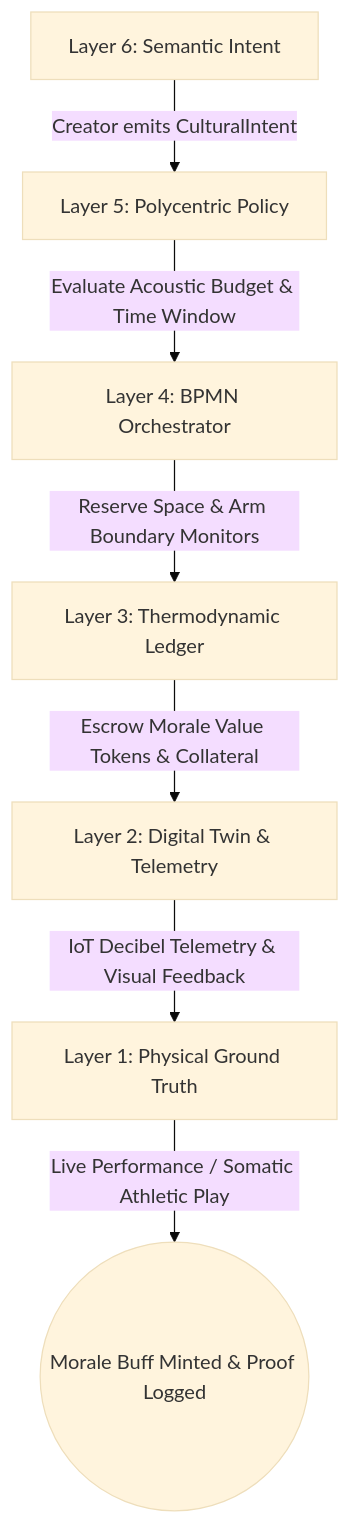
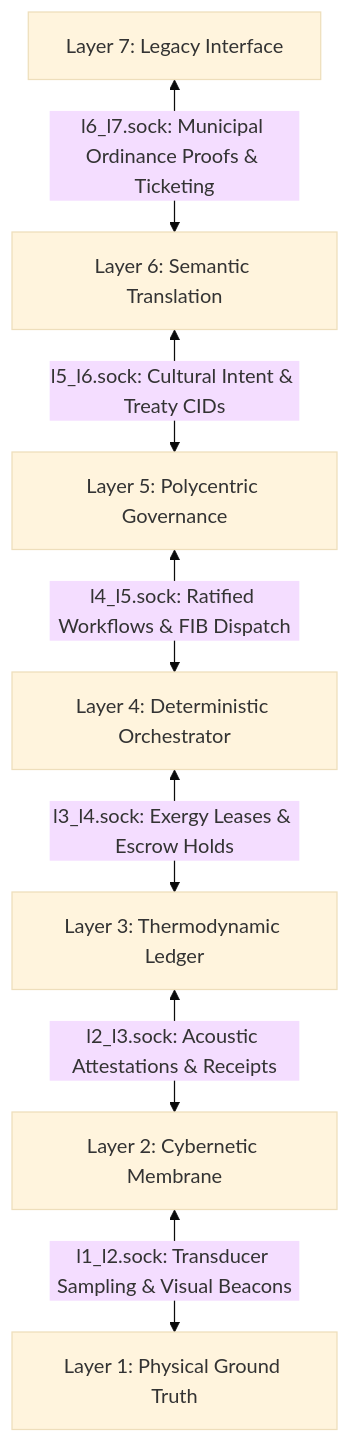
One commit to raffaine/collective changed the first of 4 diagrams in docs/scenarios/lambda_cultural.md. Above: the diagram before and after it, drawn with Mermaid (base theme). The commit also changed other lines of this file and 23 other files, not shown here.

````diff
--- a/docs/scenarios/lambda_cultural.md
+++ b/docs/scenarios/lambda_cultural.md
@@ -37,9 +39,9 @@
 ```mermaid
 graph TD
-    L6[Layer 6: Semantic Intent] -->|Creator emits CulturalIntent| L5[Layer 5: Polycentric Policy]
-    L5 -->|Evaluate Acoustic Budget & Time Window| L4[Layer 4: BPMN Orchestrator]
-    L4 -->|Reserve Space & Arm Boundary Monitors| L3[Layer 3: Thermodynamic Ledger]
-    L3 -->|Escrow Morale Value Tokens & Collateral| L2[Layer 2: Digital Twin & Telemetry]
-    L2 -->|IoT Decibel Telemetry & Visual Feedback| L1[Layer 1: Physical Ground Truth]
-    L1 -->|Live Performance / Somatic Athletic Play| End((Morale Buff Minted & Proof Logged))
+    L7[Layer 7: Legacy Interface] <-->|l6_l7.sock: Municipal Ordinance Proofs & Ticketing| L6[Layer 6: Semantic Translation]
+    L6 <-->|l5_l6.sock: Cultural Intent & Treaty CIDs| L5[Layer 5: Polycentric Governance]
+    L5 <-->|l4_l5.sock: Ratified Workflows & FIB Dispatch| L4[Layer 4: Deterministic Orchestrator]
+    L4 <-->|l3_l4.sock: Exergy Leases & Escrow Holds| L3[Layer 3: Thermodynamic Ledger]
+    L3 <-->|l2_l3.sock: Acoustic Attestations & Receipts| L2[Layer 2: Cybernetic Membrane]
+    L2 <-->|l1_l2.sock: Transducer Sampling & Visual Beacons| L1[Layer 1: Physical Ground Truth]
 ```
````
